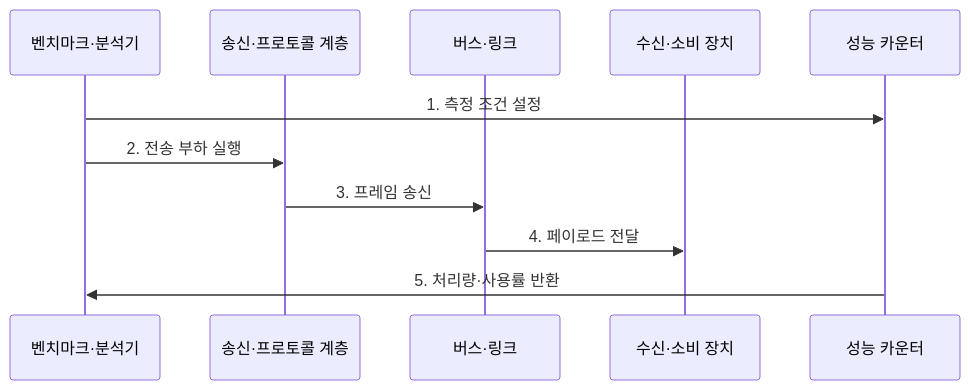
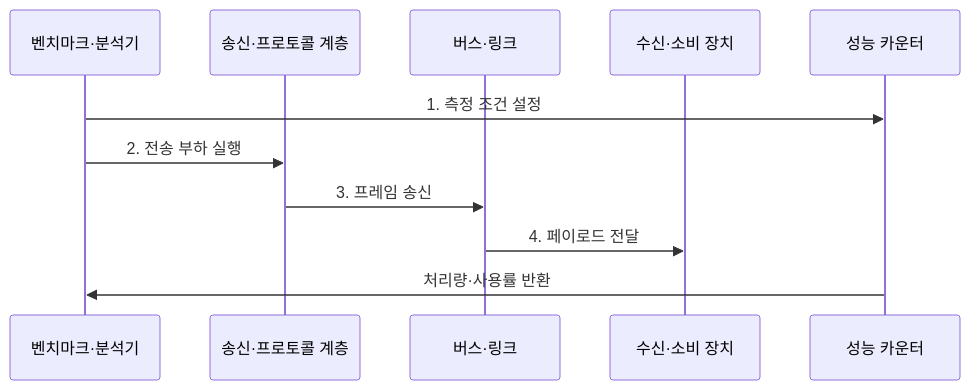
The second of 2 diagrams in src/content/docs/notes/02-hardware/076_bus_bandwidth.md (agnusdei1207/knowledge-base), drawn with Mermaid before and after one commit. The commit also changed other lines of this file and 19 other files, not shown here.

````diff
--- a/src/content/docs/notes/02-hardware/076_bus_bandwidth.md
+++ b/src/content/docs/notes/02-hardware/076_bus_bandwidth.md
@@ -90,14 +92,14 @@
 ```mermaid
 sequenceDiagram
     participant B as 벤치마크·분석기
     participant S as 송신·프로토콜 계층
     participant L as 버스·링크
     participant R as 수신·소비 장치
     participant M as 성능 카운터
 
     B->>M: 1. 측정 조건 설정
     B->>S: 2. 전송 부하 실행
     S->>L: 3. 프레임 송신
     L->>R: 4. 페이로드 전달
-    M->>B: 5. 처리량·사용률 반환
+    M->>B: 처리량·사용률 반환
 ```
````
